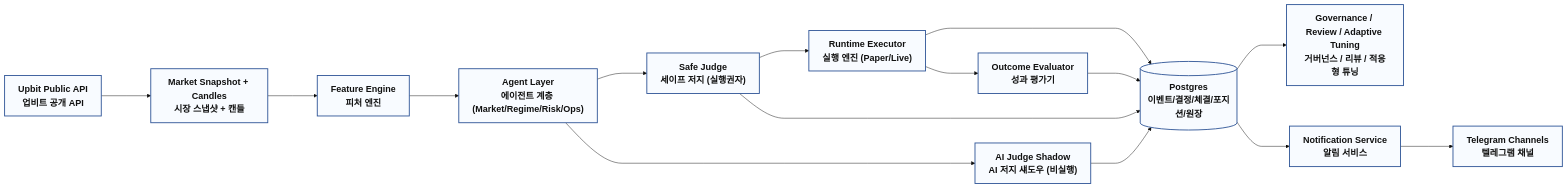
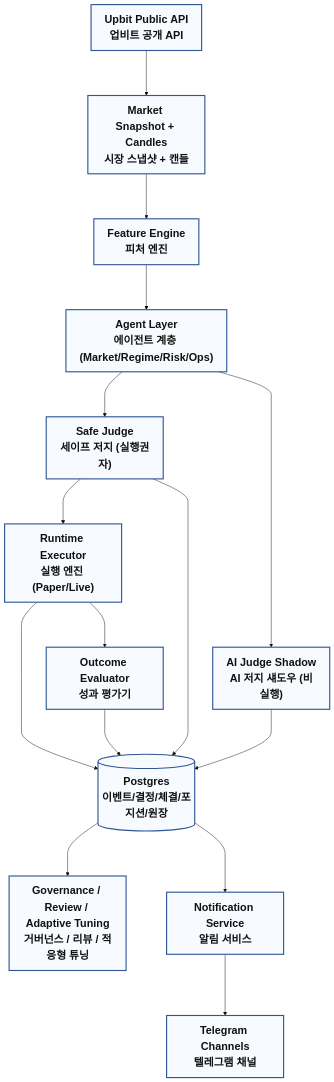
One commit to summit1123/Ai_invest changed the second of 2 diagrams in README.md. Above: the diagram before and after it, drawn with Mermaid. The commit also changed other lines of this file, not shown here.

````diff
--- a/README.md
+++ b/README.md
@@ -12,21 +38,21 @@
 ```mermaid
-%%{init: {'theme':'base','themeVariables': {'fontSize': '20px'}, 'flowchart': {'nodeSpacing': 90, 'rankSpacing': 110, 'htmlLabels': true, 'curve': 'monotoneX'}} }%%
-flowchart LR
+%%{init: {'theme':'base','themeVariables': {'fontSize': '24px'}, 'flowchart': {'nodeSpacing': 90, 'rankSpacing': 100, 'htmlLabels': true, 'curve': 'monotoneY'}} }%%
+flowchart TB
     U["Upbit Public API<br/>업비트 공개 API"] --> M["Market Snapshot + Candles<br/>시장 스냅샷 + 캔들"]
     M --> F["Feature Engine<br/>피처 엔진"]
-    F --> A["Agent Layer<br/>에이전트 계층 (Market/Regime/Risk/Ops)"]
-    A --> SJ["Safe Judge<br/>세이프 저지 (실행권자)"]
-    A --> AJ["AI Judge Shadow<br/>AI 저지 섀도우 (비실행)"]
+    F --> AG["Agent Layer<br/>에이전트 계층 (Market/Regime/Risk/Ops)"]
+    AG --> SJ["Safe Judge<br/>세이프 저지 (실행권자)"]
+    AG --> AJ["AI Judge Shadow<br/>AI 저지 섀도우 (비실행)"]
     SJ --> EX["Runtime Executor<br/>실행 엔진 (Paper/Live)"]
     EX --> DB[("Postgres<br/>이벤트/결정/체결/포지션/원장")]
     SJ --> DB
     AJ --> DB
     EX --> OE["Outcome Evaluator<br/>성과 평가기"]
     OE --> DB
     DB --> GOV["Governance / Review / Adaptive Tuning<br/>거버넌스 / 리뷰 / 적응형 튜닝"]
     DB --> NT["Notification Service<br/>알림 서비스"]
     NT --> TG["Telegram Channels<br/>텔레그램 채널"]
 
-    classDef big fill:#f8fbff,stroke:#2f5597,stroke-width:2px,color:#111,font-size:20px,font-weight:bold;
-    class U,M,F,A,SJ,AJ,EX,DB,OE,GOV,NT,TG big;
+    classDef detail fill:#f7fbff,stroke:#2f5597,stroke-width:2.5px,color:#111,font-size:24px,font-weight:bold;
+    class U,M,F,AG,SJ,AJ,EX,DB,OE,GOV,NT,TG detail;
 ```
````
